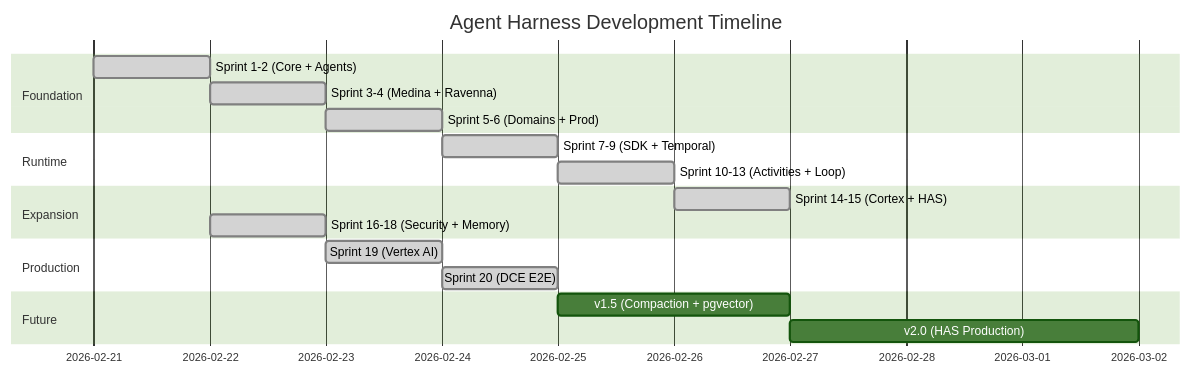
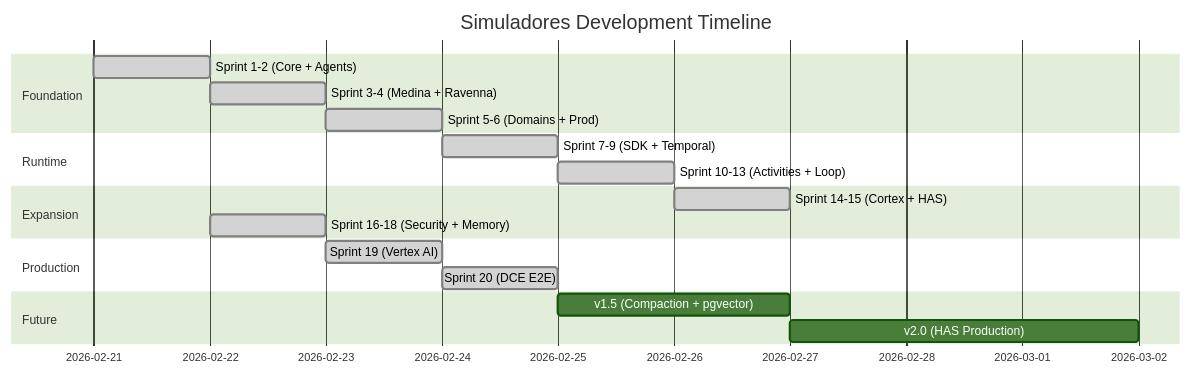
Before and after one commit to fierro-ltd/simuladores: the diagram in docs/VISION.md, drawn with Mermaid (forest theme). The commit also changed other lines of this file and 5 other files, not shown here.

First line of the commit message:
rename: Agent Harness → Simuladores

````diff
--- a/docs/VISION.md
+++ b/docs/VISION.md
@@ -35,26 +35,26 @@
 ```mermaid
 gantt
-    title Agent Harness Development Timeline
+    title Simuladores Development Timeline
     dateFormat YYYY-MM-DD
 
     section Foundation
     Sprint 1-2 (Core + Agents)      :done, s1, 2026-02-21, 1d
     Sprint 3-4 (Medina + Ravenna)   :done, s3, after s1, 1d
     Sprint 5-6 (Domains + Prod)     :done, s5, after s3, 1d
 
     section Runtime
     Sprint 7-9 (SDK + Temporal)     :done, s7, after s5, 1d
     Sprint 10-13 (Activities + Loop):done, s10, after s7, 1d
 
     section Expansion
     Sprint 14-15 (Cortex + HAS)     :done, s14, after s10, 1d
     Sprint 16-18 (Security + Memory):done, s16, 2026-02-22, 1d
 
     section Production
     Sprint 19 (Vertex AI)           :done, s19, after s16, 1d
     Sprint 20 (DCE E2E)             :done, s20, after s19, 1d
 
     section Future
     v1.5 (Compaction + pgvector)    :f1, after s20, 2d
     v2.0 (HAS Production)           :f2, after f1, 3d
 ```
````
